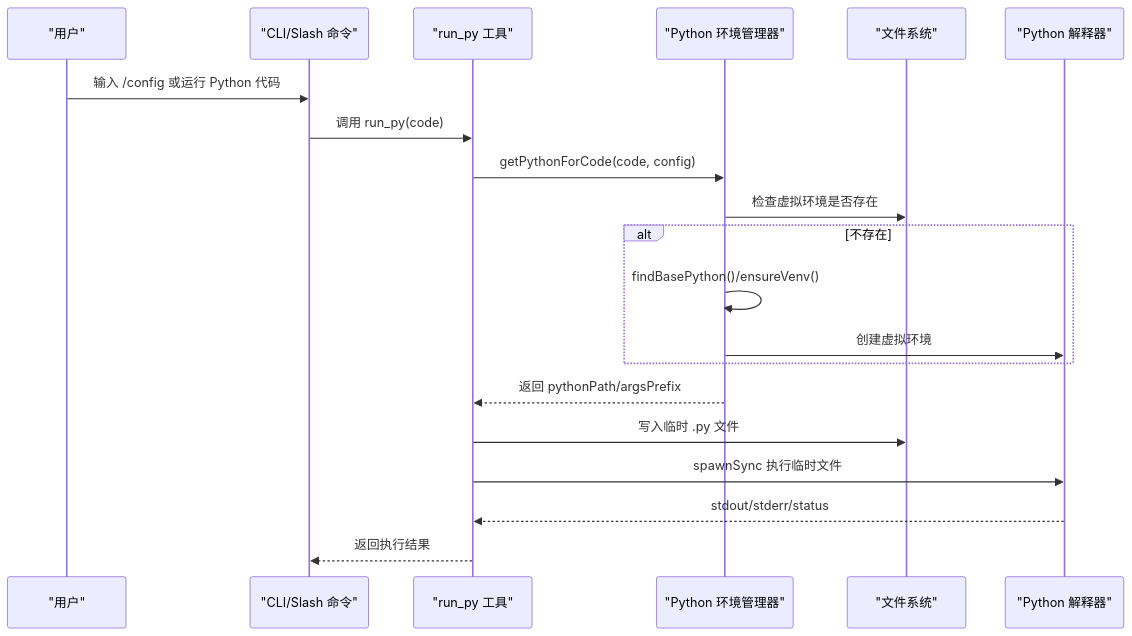
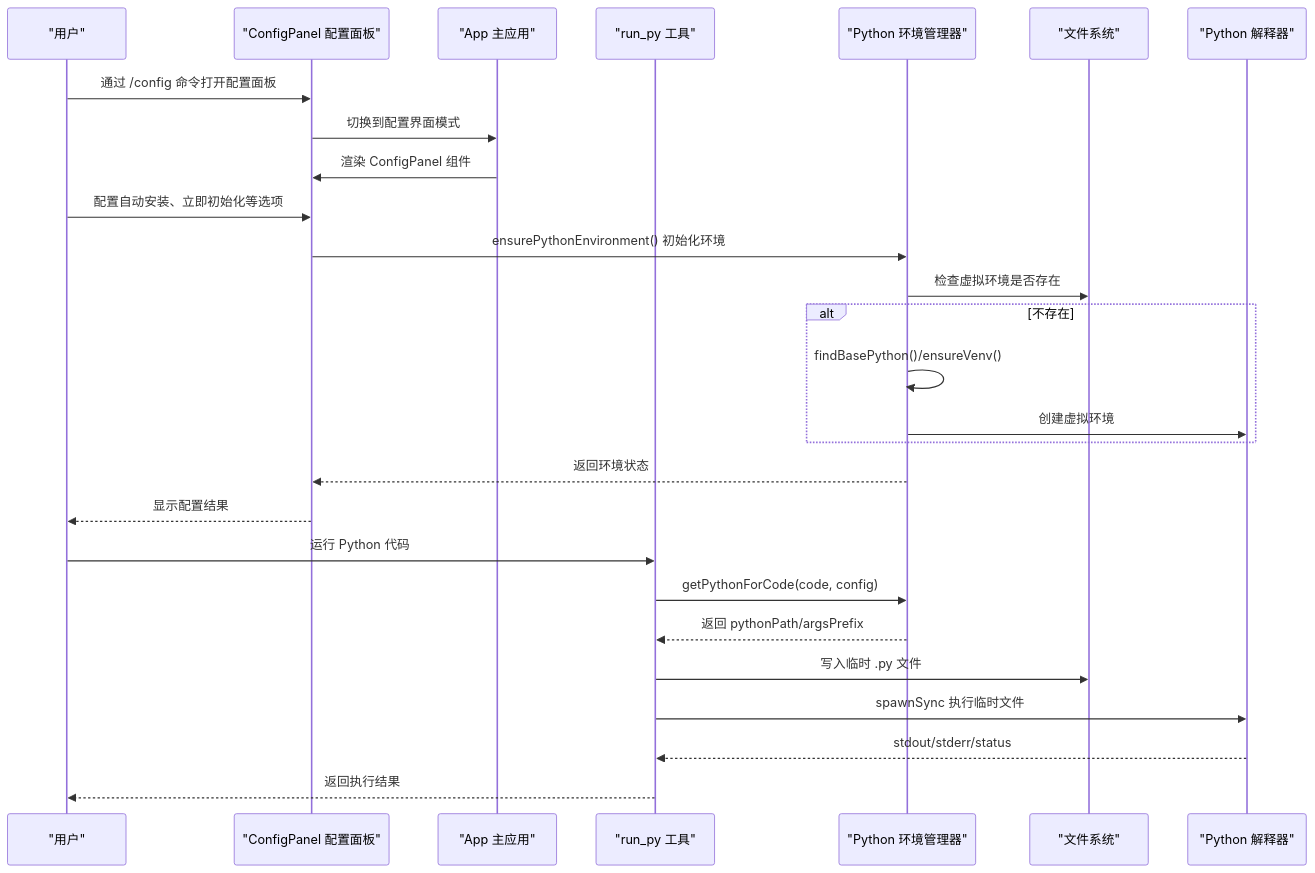
One commit to HAOFUYANG/onion-code changed the second of 5 diagrams in .qoder/repowiki/zh/content/核心架构/Python 环境管理.md. Above: the diagram before and after it, drawn with Mermaid. The commit also changed other lines of this file and 80 other files, not shown here.

````diff
--- a/.qoder/repowiki/zh/content/核心架构/Python 环境管理.md
+++ b/.qoder/repowiki/zh/content/核心架构/Python 环境管理.md
@@ -107,22 +133,29 @@
 ```mermaid
 sequenceDiagram
 participant User as "用户"
-participant CLI as "CLI/Slash 命令"
+participant UI as "ConfigPanel 配置面板"
+participant App as "App 主应用"
 participant Tool as "run_py 工具"
 participant Env as "Python 环境管理器"
 participant FS as "文件系统"
 participant Py as "Python 解释器"
-User->>CLI : 输入 /config 或运行 Python 代码
-CLI->>Tool : 调用 run_py(code)
-Tool->>Env : getPythonForCode(code, config)
+User->>UI : 通过 /config 命令打开配置面板
+UI->>App : 切换到配置界面模式
+App->>UI : 渲染 ConfigPanel 组件
+User->>UI : 配置自动安装、立即初始化等选项
+UI->>Env : ensurePythonEnvironment() 初始化环境
 Env->>FS : 检查虚拟环境是否存在
 alt 不存在
 Env->>Env : findBasePython()/ensureVenv()
 Env->>Py : 创建虚拟环境
 end
+Env-->>UI : 返回环境状态
+UI-->>User : 显示配置结果
+User->>Tool : 运行 Python 代码
+Tool->>Env : getPythonForCode(code, config)
 Env-->>Tool : 返回 pythonPath/argsPrefix
 Tool->>FS : 写入临时 .py 文件
 Tool->>Py : spawnSync 执行临时文件
 Py-->>Tool : stdout/stderr/status
-Tool-->>CLI : 返回执行结果
+Tool-->>User : 返回执行结果
 ```
````
